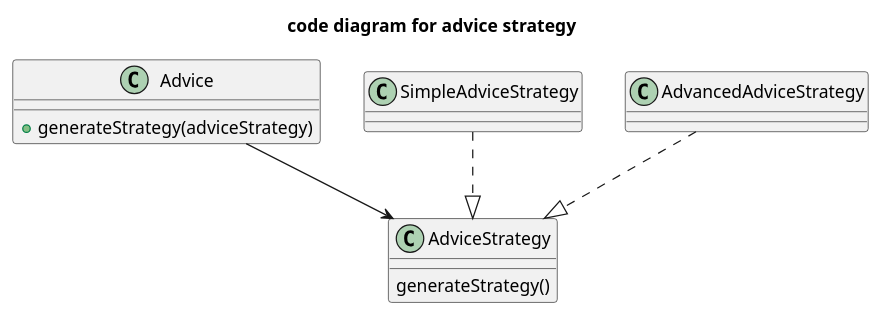
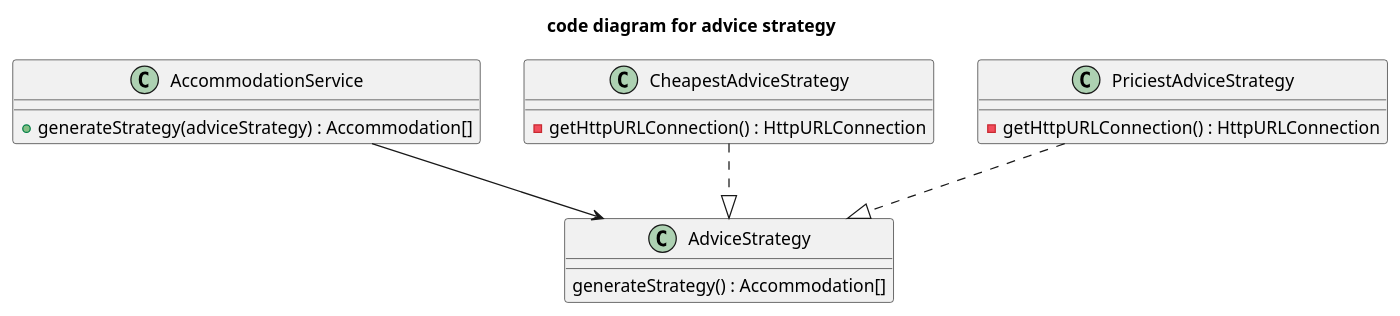
Before and after one commit to AIM-ENE-feb25/triptop-groep-tweeeeeeeeeeeeeeeeeeeeee: the diagram in timo c4 code diagram strategy.puml, drawn with PlantUML.

Commit message:
updated code c4

```diff
--- a/timo c4 code diagram strategy.puml
+++ b/timo c4 code diagram strategy.puml
@@ -1,23 +1,23 @@
 @startuml
 title code diagram for advice strategy
 
-class Advice {
-    + generateStrategy(adviceStrategy)
+class AccommodationService {
+    + generateStrategy(adviceStrategy) : Accommodation[]
 }
 
 class AdviceStrategy {
-    generateStrategy()
+    generateStrategy() : Accommodation[]
 }
 
-class SimpleAdviceStrategy{
-
+class CheapestAdviceStrategy{
+    - getHttpURLConnection() : HttpURLConnection
 }
 
-class AdvancedAdviceStrategy{
-
+class PriciestAdviceStrategy{
+    - getHttpURLConnection() : HttpURLConnection
 }
 
-Advice --> AdviceStrategy
-SimpleAdviceStrategy..|>AdviceStrategy
-AdvancedAdviceStrategy..|>AdviceStrategy
+AccommodationService --> AdviceStrategy
+CheapestAdviceStrategy..|>AdviceStrategy
+PriciestAdviceStrategy..|>AdviceStrategy
 @enduml
```
